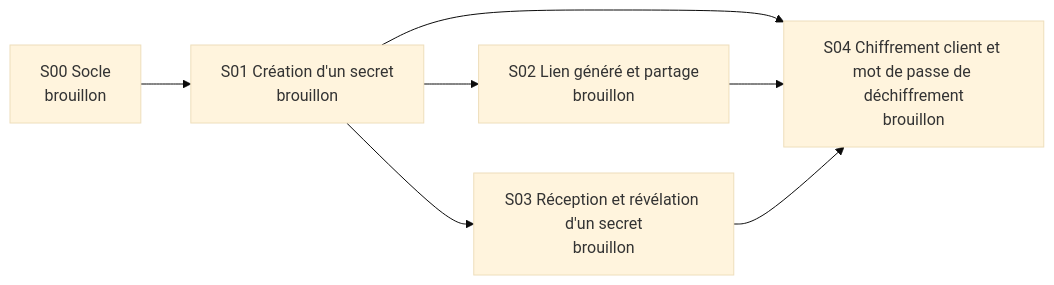
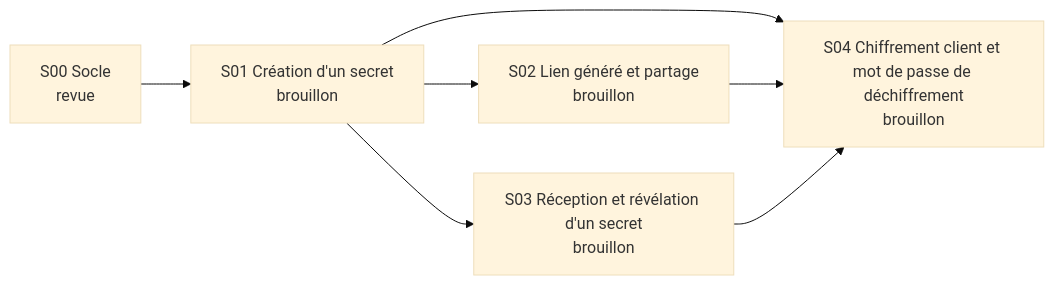
The diagram in specs/_index.md (lgrdev/eloneva-secret), drawn with Mermaid (base theme) before and after one commit. The commit also changed other lines of this file and 2 other files, not shown here.

Commit message:
docs: update socle and global reviews after decisions

````diff
--- a/specs/_index.md
+++ b/specs/_index.md
@@ -23,14 +23,14 @@
 ```mermaid
 flowchart LR
-  S00["S00 Socle<br/>brouillon"]
+  S00["S00 Socle<br/>revue"]
   S01["S01 Création d'un secret<br/>brouillon"]
   S02["S02 Lien généré et partage<br/>brouillon"]
   S03["S03 Réception et révélation d'un secret<br/>brouillon"]
   S04["S04 Chiffrement client et mot de passe de déchiffrement<br/>brouillon"]
   S00 --> S01
   S01 --> S02
   S01 --> S03
   S01 --> S04
   S02 --> S04
   S03 --> S04
 ```
````
